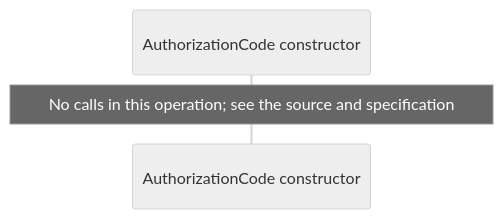
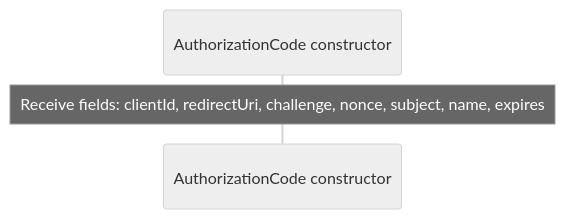
One commit to GreenPandaStudios/augscript changed the third of 12 diagrams in docs/examples/oidc-login/provider/contracts-diagrams.md. Above: the diagram before and after it, drawn with Mermaid (neutral theme). The commit also changed other lines of this file and 289 other files, not shown here.

Commit message:
Correct diagram control flow and complete generated wiki navigation

````diff
--- a/docs/examples/oidc-login/provider/contracts-diagrams.md
+++ b/docs/examples/oidc-login/provider/contracts-diagrams.md
@@ -62,6 +62,6 @@
 ```mermaid
 sequenceDiagram
     participant p0 as AuthorizationCode constructor
 
-    Note over p0: No calls in this operation#59; see the source and specification
+    Note over p0: Receive fields: clientId, redirectUri, challenge, nonce, subject, name, expires
 ```
````
